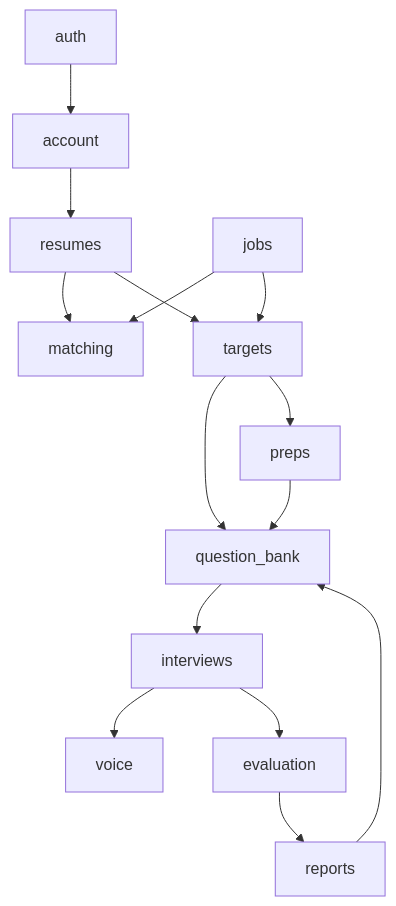
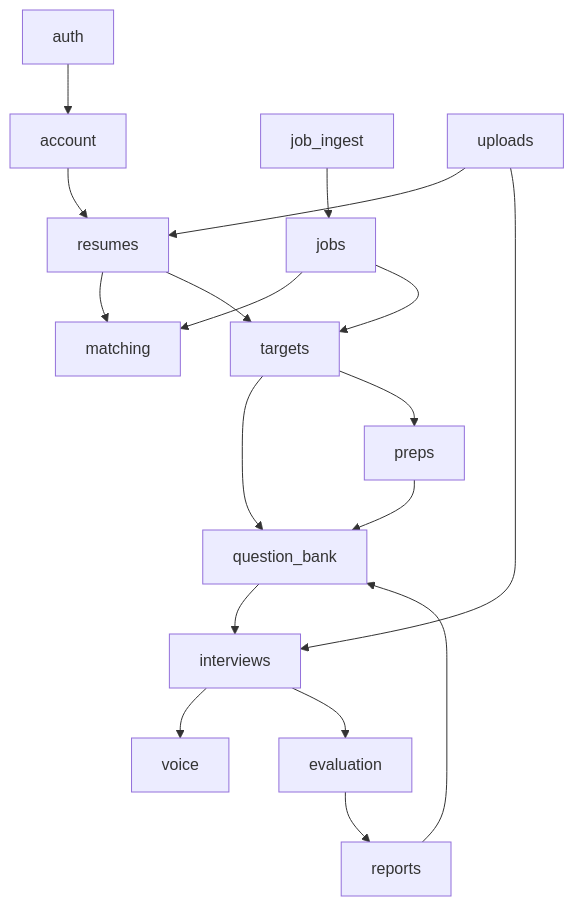
The third of 6 diagrams in spec/architecture.md (WilliamTsai1227/AI_Interview), drawn with Mermaid before and after one commit. The commit also changed other lines of this file and 4 other files, not shown here.

````diff
--- a/spec/architecture.md
+++ b/spec/architecture.md
@@ -346,17 +392,20 @@
 ```mermaid
 flowchart TD
     auth --> account
     account --> resumes
     resumes --> matching
     jobs --> matching
+    job_ingest --> jobs
     jobs --> targets
+    uploads --> resumes
+    uploads --> interviews
     resumes --> targets
     targets --> question_bank
     targets --> preps
     preps --> question_bank
     question_bank --> interviews
     interviews --> voice
     interviews --> evaluation
     evaluation --> reports
     reports --> question_bank
 ```
````
